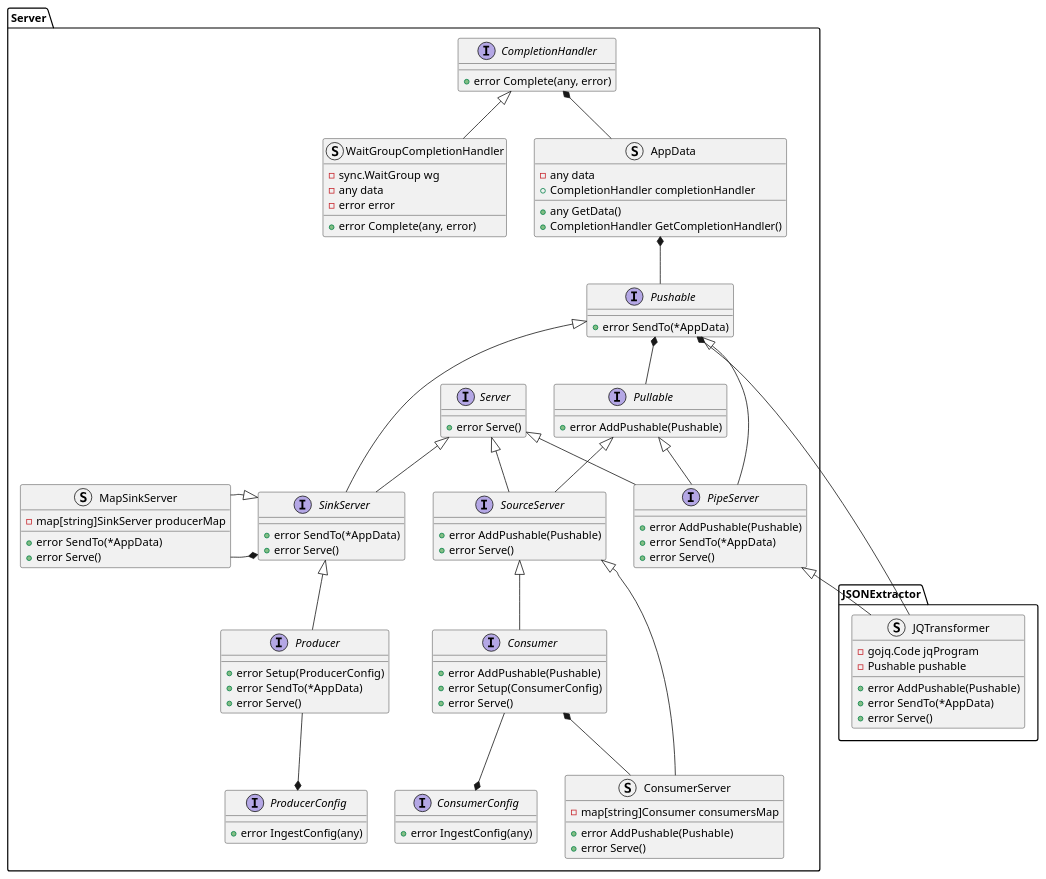
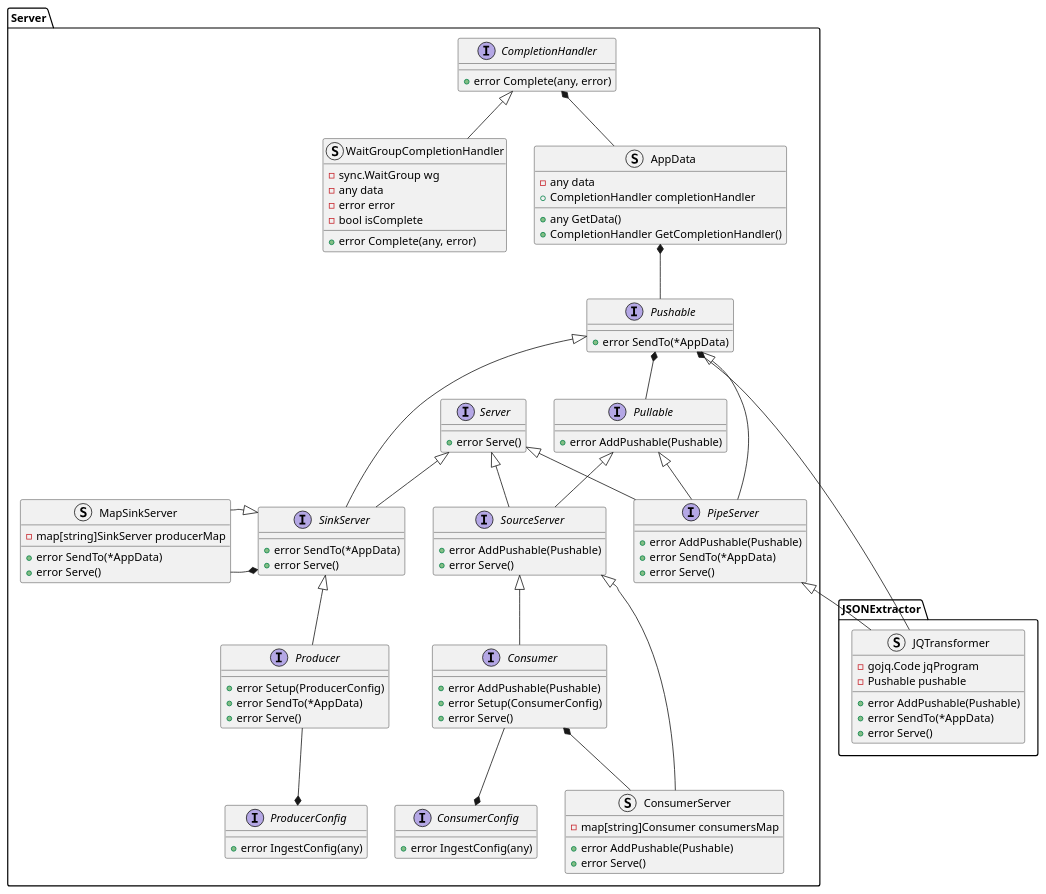
One commit to xtuml/otel2pv changed the diagram in docs/design_notes/DN1_JSON_Extractor/class_diagram.puml. Above: the diagram before and after it, drawn with PlantUML. The commit also changed 3 other files, not shown here.

```diff
--- a/docs/design_notes/DN1_JSON_Extractor/class_diagram.puml
+++ b/docs/design_notes/DN1_JSON_Extractor/class_diagram.puml
@@ -1,101 +1,102 @@
 @startuml
 namespace JSONExtractor {
     struct JQTransformer {
         -gojq.Code jqProgram
         -Pushable pushable
         +error AddPushable(Pushable)
         +error SendTo(*AppData)
         +error Serve()
     }
 }
 namespace Server {
     interface CompletionHandler {
         +error Complete(any, error)
     }
     struct WaitGroupCompletionHandler {
         -sync.WaitGroup wg
         -any data
         -error error
+        -bool isComplete
         +error Complete(any, error)
     }
     struct AppData {
         -any data
         +CompletionHandler completionHandler
         +any GetData()
         +CompletionHandler GetCompletionHandler()
     }
     interface Server {
         +error Serve()
     }
     interface Pullable {
         +error AddPushable(Pushable)
     }
     interface Pushable {
         +error SendTo(*AppData)
     }
     interface SourceServer {
         +error AddPushable(Pushable)
         +error Serve()
     }
     interface SinkServer {
         +error SendTo(*AppData)
         +error Serve()
     }
     interface PipeServer {
         +error AddPushable(Pushable)
         +error SendTo(*AppData)
         +error Serve()
     }
     interface Producer {
         +error Setup(ProducerConfig)
         +error SendTo(*AppData)
         +error Serve()
     }
     interface Consumer {
         +error AddPushable(Pushable)
         +error Setup(ConsumerConfig)
         +error Serve()
     }
     struct MapSinkServer {
         -map[string]SinkServer producerMap
         +error SendTo(*AppData)
         +error Serve()
     }
     struct ConsumerServer {
         -map[string]Consumer consumersMap
         +error AddPushable(Pushable)
         +error Serve()
     }
     interface ProducerConfig {
         +error IngestConfig(any)
     }
     interface ConsumerConfig {
         +error IngestConfig(any)
     }
 }
 Server.CompletionHandler <|-- Server.WaitGroupCompletionHandler
 Server.CompletionHandler *-- Server.AppData
 Server.AppData *-- Server.Pushable
 Server.Server <|-- Server.SourceServer
 Server.Pushable *-- Server.Pullable
 Server.Pullable <|-- Server.SourceServer
 Server.Server <|-- Server.SinkServer
 Server.Pushable <|-- Server.SinkServer
 Server.Pushable <|-- Server.PipeServer
 Server.Pullable <|-- Server.PipeServer
 Server.Server <|-- Server.PipeServer
 
 Server.SinkServer <|-- Server.Producer
 Server.SinkServer *-left- Server.MapSinkServer
 Server.SinkServer <|-left- Server.MapSinkServer
 Server.SourceServer <|-- Server.ConsumerServer
 Server.Consumer *-- Server.ConsumerServer
 Server.SourceServer <|-- Server.Consumer
 
 Server.PipeServer <|-- JSONExtractor.JQTransformer
 Server.Pushable *-- JSONExtractor.JQTransformer
 
 
 Server.ConsumerConfig *-up- Server.Consumer
 Server.ProducerConfig *-up- Server.Producer
 @enduml
```
